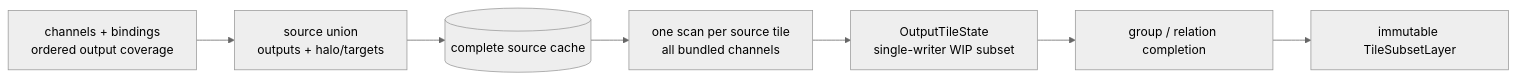
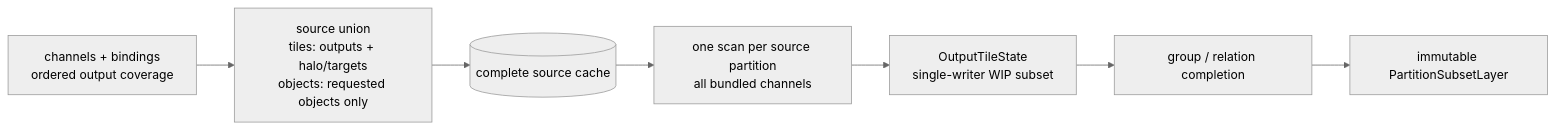
Before and after one commit to ndsev/mapget: the second of 2 diagrams in docs/mapget-dev-guide.md, drawn with Mermaid (neutral theme). The commit also changed other lines of this file and 12 other files, not shown here.

````diff
--- a/docs/mapget-dev-guide.md
+++ b/docs/mapget-dev-guide.md
@@ -192,12 +338,12 @@
 ```mermaid
 flowchart LR
   Definition["channels + bindings<br/>ordered output coverage"]
-  Union["source union<br/>outputs + halo/targets"]
+  Union["source union<br/>tiles: outputs + halo/targets<br/>objects: requested objects only"]
   Cache[(complete source cache)]
-  Scan["one scan per source tile<br/>all bundled channels"]
+  Scan["one scan per source partition<br/>all bundled channels"]
   Output["OutputTileState<br/>single-writer WIP subset"]
   Complete["group / relation completion"]
-  Result["immutable TileSubsetLayer"]
+  Result["immutable PartitionSubsetLayer"]
 
   Definition --> Union --> Cache --> Scan --> Output --> Complete --> Result
 ```
````
